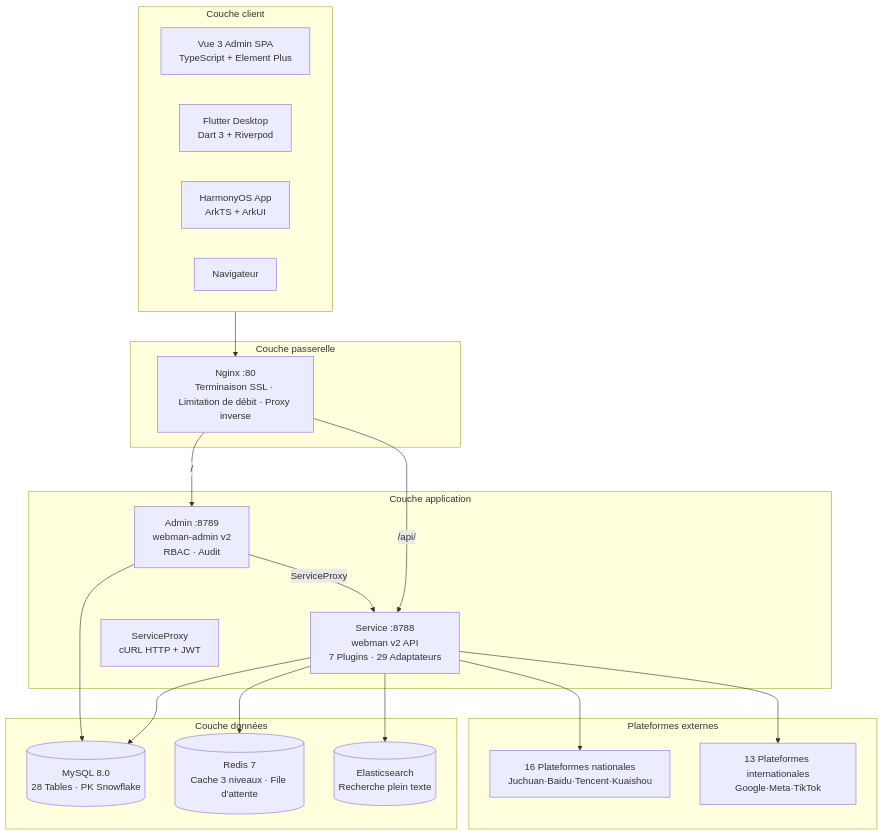
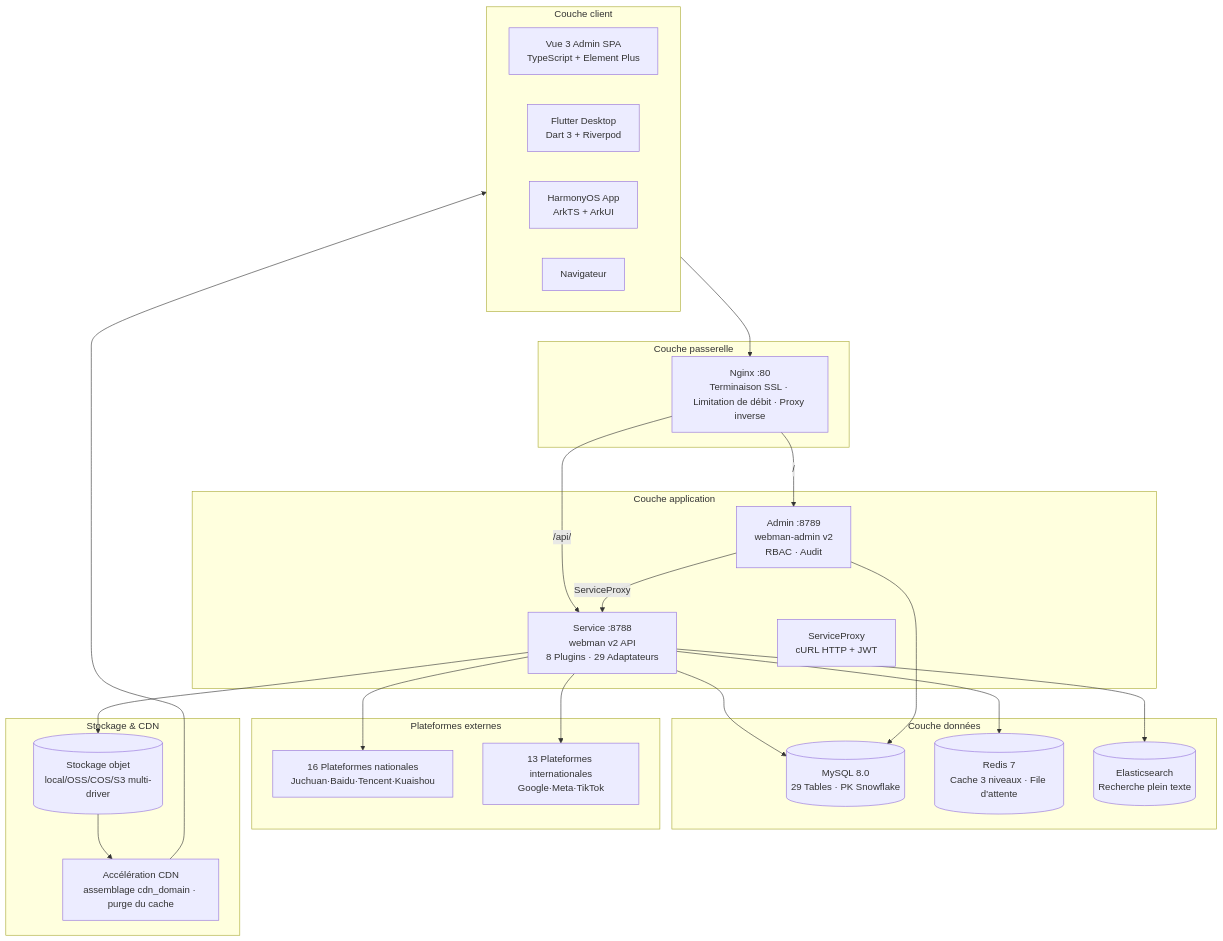
One commit to erikwang2013/ads-php changed the diagram in docs/diagrams/svg/architecture.fr.mmd. Above: the diagram before and after it, drawn with Mermaid. The commit also changed 144 other files, not shown here.

First line of the commit message:
feat(storage): CDN 支持——存储抽象/多驱动/服务商管理/预签名直传/缓存刷新

```diff
--- a/docs/diagrams/svg/architecture.fr.mmd
+++ b/docs/diagrams/svg/architecture.fr.mmd
@@ -1,31 +1,38 @@
 graph TB
     subgraph Clients["Couche client"]
         Vue["Vue 3 Admin SPA<br/>TypeScript + Element Plus"]
         Flutter["Flutter Desktop<br/>Dart 3 + Riverpod"]
         Harmony["HarmonyOS App<br/>ArkTS + ArkUI"]
         Browser["Navigateur"]
     end
     subgraph Gateway["Couche passerelle"]
         Nginx["Nginx :80<br/>Terminaison SSL · Limitation de débit · Proxy inverse"]
     end
     subgraph AppLayer["Couche application"]
         Admin["Admin :8789<br/>webman-admin v2<br/>RBAC · Audit"]
-        Service["Service :8788<br/>webman v2 API<br/>7 Plugins · 29 Adaptateurs"]
+        Service["Service :8788<br/>webman v2 API<br/>8 Plugins · 29 Adaptateurs"]
         ServiceProxy["ServiceProxy<br/>cURL HTTP + JWT"]
     end
     subgraph DataLayer["Couche données"]
-        MySQL[("MySQL 8.0<br/>28 Tables · PK Snowflake")]
+        MySQL[("MySQL 8.0<br/>29 Tables · PK Snowflake")]
         Redis[("Redis 7<br/>Cache 3 niveaux · File d'attente")]
         ES[("Elasticsearch<br/>Recherche plein texte")]
     end
     subgraph External["Plateformes externes"]
         Domestic["16 Plateformes nationales<br/>Juchuan·Baidu·Tencent·Kuaishou"]
         International["13 Plateformes internationales<br/>Google·Meta·TikTok"]
     end
+    subgraph StorageCDN["Stockage & CDN"]
+        OSS[("Stockage objet<br/>local/OSS/COS/S3 multi-driver")]
+        CDN["Accélération CDN<br/>assemblage cdn_domain · purge du cache"]
+    end
+    Service --> OSS
+    OSS --> CDN
+    CDN --> Clients
     Clients --> Nginx
     Nginx -->|"/"| Admin
     Nginx -->|"/api/"| Service
     Admin -->|ServiceProxy| Service
     Service --> MySQL & Redis & ES
     Service --> Domestic & International
     Admin --> MySQL
```
